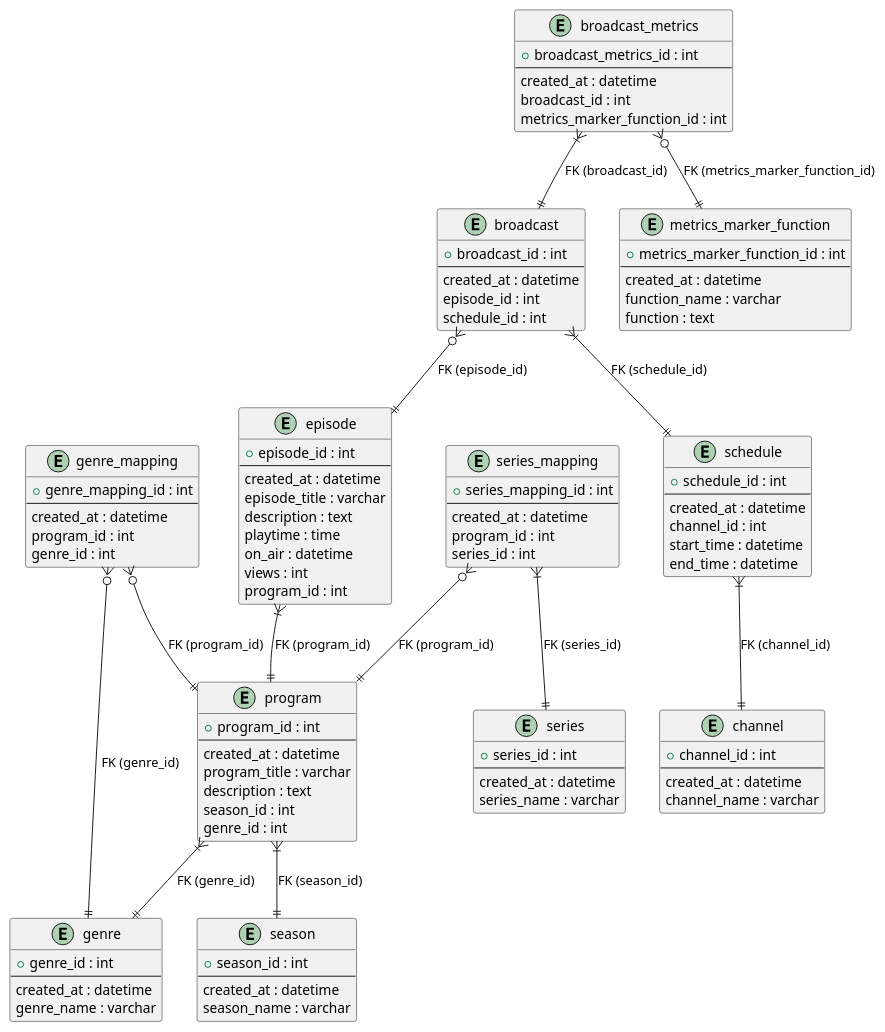
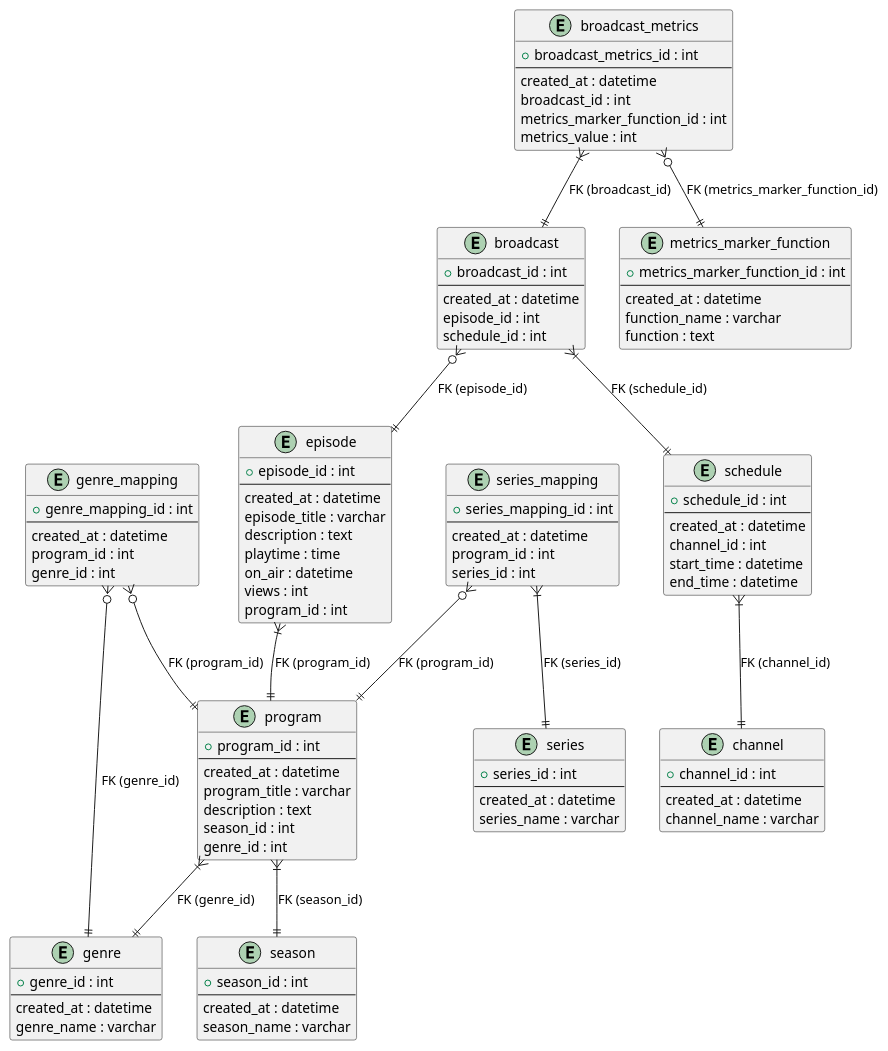
Before and after one commit to TakeharuNarita/mysql-exercises: the diagram in er.pu, drawn with PlantUML. The commit also changed 2 other files, not shown here.

```diff
--- a/er.pu
+++ b/er.pu
@@ -1,115 +1,116 @@
 @startuml ERD
 
 entity "channel" as channel {
   + channel_id : int
   --
   created_at : datetime
   channel_name : varchar
 }
 
 entity "schedule" as schedule {
   + schedule_id : int
   --
   created_at : datetime
   channel_id : int
   start_time : datetime
   end_time : datetime
 }
 
 entity "broadcast" as broadcast {
   + broadcast_id : int
   --
   created_at : datetime
   episode_id : int
   schedule_id : int
 }
 
 entity "episode" as episode {
   + episode_id : int
   --
   created_at : datetime
   episode_title : varchar
   description : text
   playtime : time
   on_air : datetime
   views : int
   program_id : int
 }
 
 entity "program" as program {
   + program_id : int
   --
   created_at : datetime
   program_title : varchar
   description : text
   season_id : int
   genre_id : int
 }
 
 entity "season" as season {
   + season_id : int
   --
   created_at : datetime
   season_name : varchar
 }
 
 entity "series_mapping" as series_mapping {
   + series_mapping_id : int
   --
   created_at : datetime
   program_id : int
   series_id : int
 }
 
 entity "series" as series {
   + series_id : int
   --
   created_at : datetime
   series_name : varchar
 }
 
 entity "genre_mapping" as genre_mapping {
   + genre_mapping_id : int
   --
   created_at : datetime
   program_id : int
   genre_id : int
 }
 
 entity "genre" as genre {
   + genre_id : int
   --
   created_at : datetime
   genre_name : varchar
 }
 
 entity "broadcast_metrics" as broadcast_metrics {
   + broadcast_metrics_id : int
   --
   created_at : datetime
   broadcast_id : int
   metrics_marker_function_id : int
+  metrics_value : int
 }
 
 entity "metrics_marker_function" as metrics_marker_function {
   + metrics_marker_function_id : int
   --
   created_at : datetime
   function_name : varchar
   function : text
 }
 
 schedule }|--|| channel : FK (channel_id)
 broadcast }|--|| schedule : FK (schedule_id)
 broadcast }o--|| episode : FK (episode_id)
 episode }|--|| program : FK (program_id)
 program }|--|| season : FK (season_id)
 program }|--|| genre : FK (genre_id)
 series_mapping }o--|| program : FK (program_id)
 series_mapping }|--|| series : FK (series_id)
 genre_mapping }o--|| program : FK (program_id)
 genre_mapping }o--|| genre : FK (genre_id)
 broadcast_metrics }|--|| broadcast : FK (broadcast_id)
 broadcast_metrics }o--|| metrics_marker_function : FK (metrics_marker_function_id)
 
 @enduml
```
